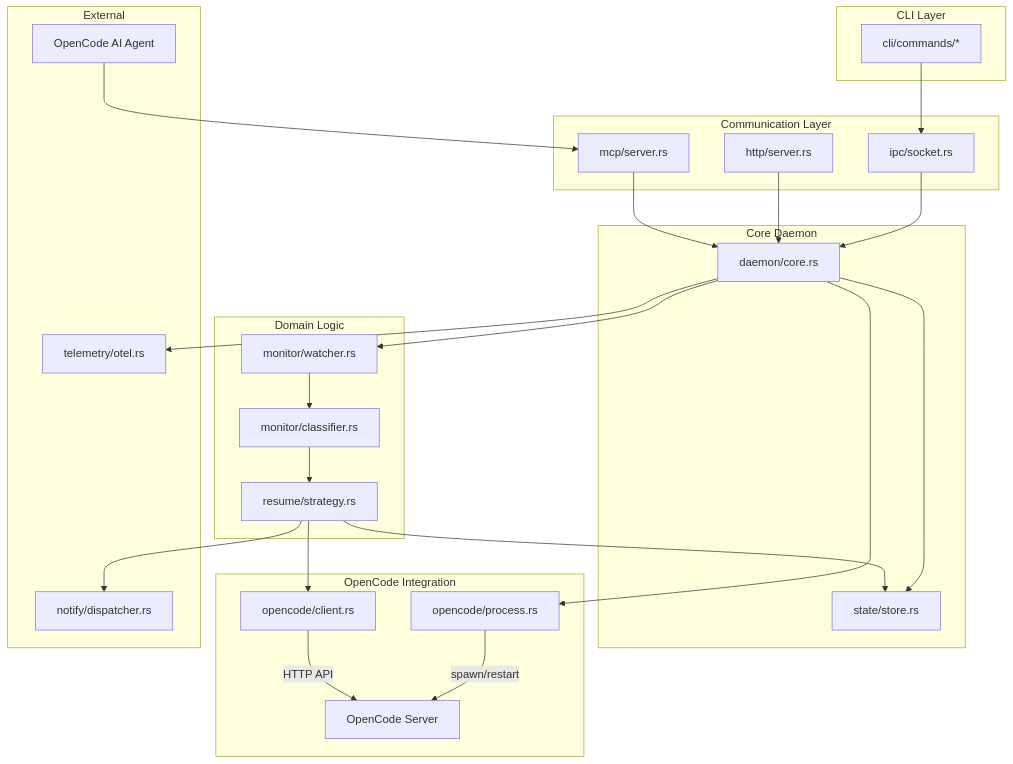
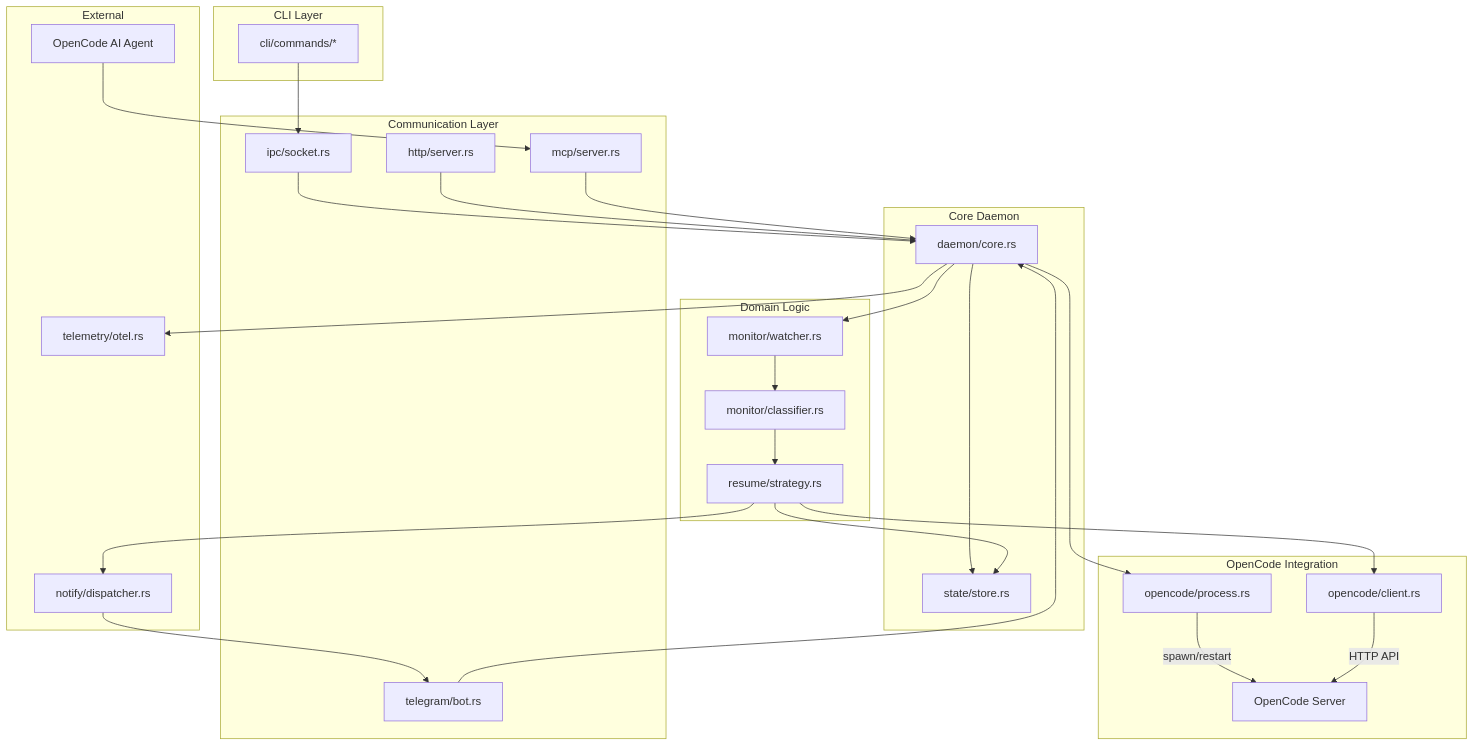
One commit to Jack-R-Hong/palingenesis changed the second of 3 diagrams in _bmad-output/planning-artifacts/architecture.md. Above: the diagram before and after it, drawn with Mermaid. The commit also changed other lines of this file and 2 other files, not shown here.

First line of the commit message:
add bi-directional Telegram bot to PRD, architecture, and epics

````diff
--- a/_bmad-output/planning-artifacts/architecture.md
+++ b/_bmad-output/planning-artifacts/architecture.md
@@ -640,52 +695,55 @@
 ```mermaid
 graph TB
     subgraph "CLI Layer"
         CLI[cli/commands/*]
     end
     
     subgraph "Communication Layer"
         IPC[ipc/socket.rs]
         HTTP[http/server.rs]
         MCP[mcp/server.rs]
+        TGBot[telegram/bot.rs]
     end
     
     subgraph "Core Daemon"
         Daemon[daemon/core.rs]
         State[state/store.rs]
     end
     
     subgraph "Domain Logic"
         Monitor[monitor/watcher.rs]
         Classifier[monitor/classifier.rs]
         Resume[resume/strategy.rs]
     end
     
     subgraph "OpenCode Integration"
         OCProcess[opencode/process.rs]
         OCClient[opencode/client.rs]
         OCServer[OpenCode Server]
     end
     
     subgraph "External"
         Notify[notify/dispatcher.rs]
         Telemetry[telemetry/otel.rs]
         OpenCodeAgent[OpenCode AI Agent]
     end
     
     CLI --> IPC
     IPC --> Daemon
     HTTP --> Daemon
     MCP --> Daemon
     OpenCodeAgent --> MCP
+    TGBot --> Daemon
     Daemon --> Monitor
     Daemon --> State
     Daemon --> OCProcess
     OCProcess -->|spawn/restart| OCServer
     OCClient -->|HTTP API| OCServer
     Monitor --> Classifier
     Classifier --> Resume
     Resume --> OCClient
     Resume --> State
     Resume --> Notify
     Daemon --> Telemetry
+    Notify --> TGBot
 ```
````
